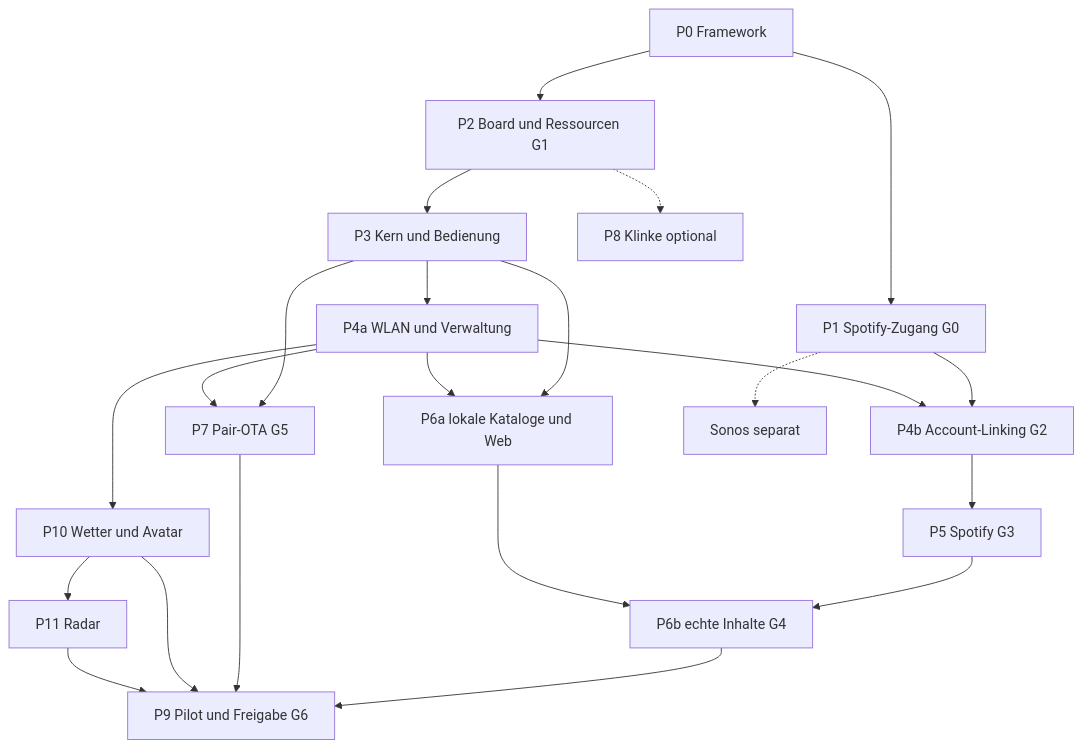
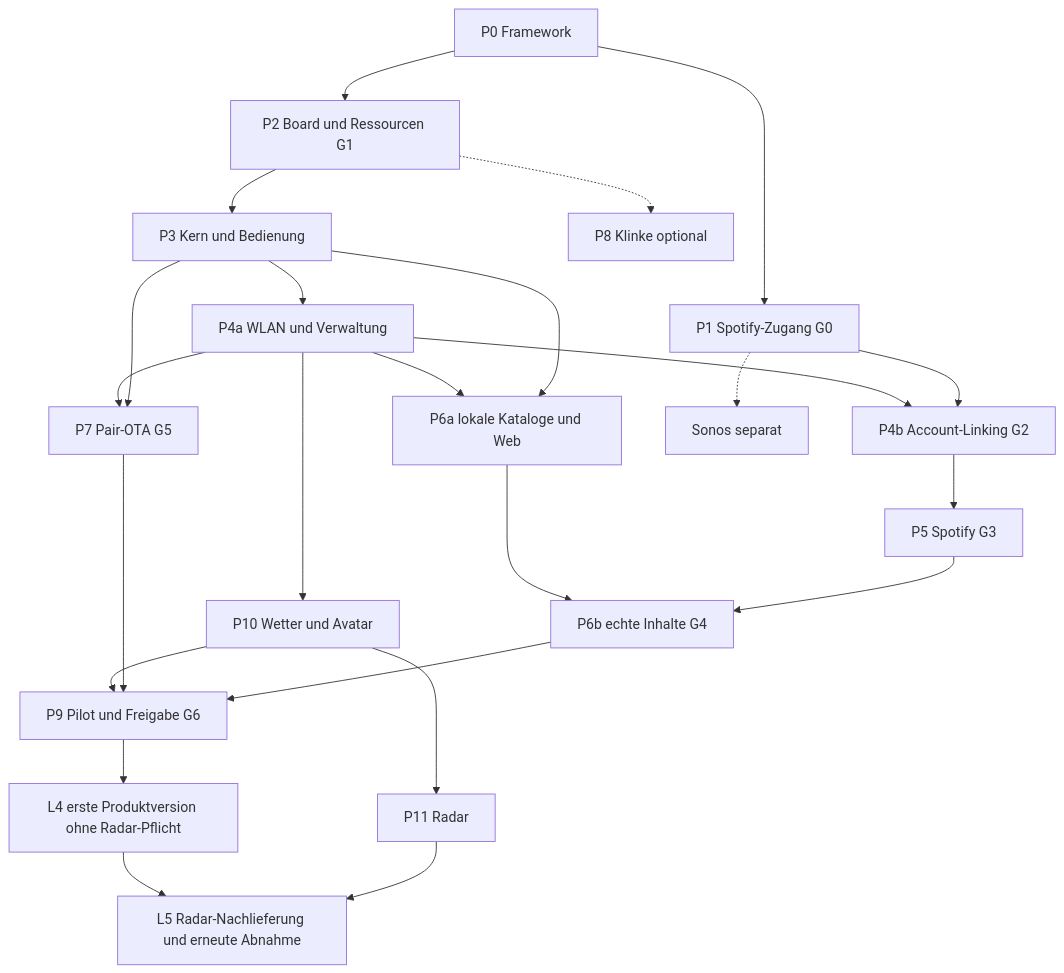
The diagram in docs/08-IMPLEMENTIERUNGSPLAN.md (passion-wave/Passion-Wave-rotaryknob-spotify), drawn with Mermaid before and after one commit. The commit also changed other lines of this file and 14 other files, not shown here.

````diff
--- a/docs/08-IMPLEMENTIERUNGSPLAN.md
+++ b/docs/08-IMPLEMENTIERUNGSPLAN.md
@@ -41,24 +44,26 @@
 ```mermaid
 flowchart TD
   P0[P0 Framework] --> P1[P1 Spotify-Zugang G0]
   P0 --> P2[P2 Board und Ressourcen G1]
   P2 --> P3[P3 Kern und Bedienung]
   P3 --> P4A[P4a WLAN und Verwaltung]
   P3 --> P6A[P6a lokale Kataloge und Web]
   P3 --> P7[P7 Pair-OTA G5]
   P4A --> P7
   P4A --> P6A
   P1 --> P4B[P4b Account-Linking G2]
   P4A --> P4B
   P4B --> P5[P5 Spotify G3]
   P5 --> P6B[P6b echte Inhalte G4]
   P6A --> P6B
   P4A --> P10[P10 Wetter und Avatar]
   P10 --> P11[P11 Radar]
   P6B --> P9[P9 Pilot und Freigabe G6]
   P7 --> P9
   P10 --> P9
-  P11 --> P9
+  P9 --> L4[L4 erste Produktversion ohne Radar-Pflicht]
+  P11 --> L5[L5 Radar-Nachlieferung und erneute Abnahme]
+  L4 --> L5
   P2 -.-> P8[P8 Klinke optional]
   P1 -.-> S[Sonos separat]
 ```
````
